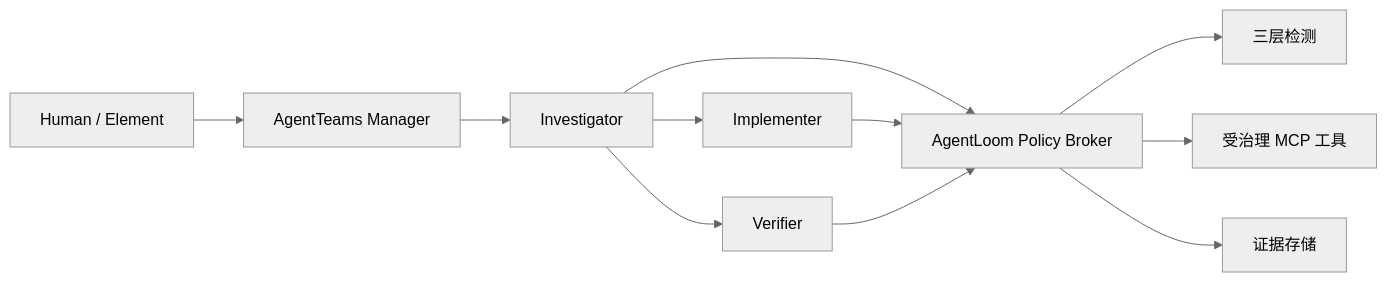
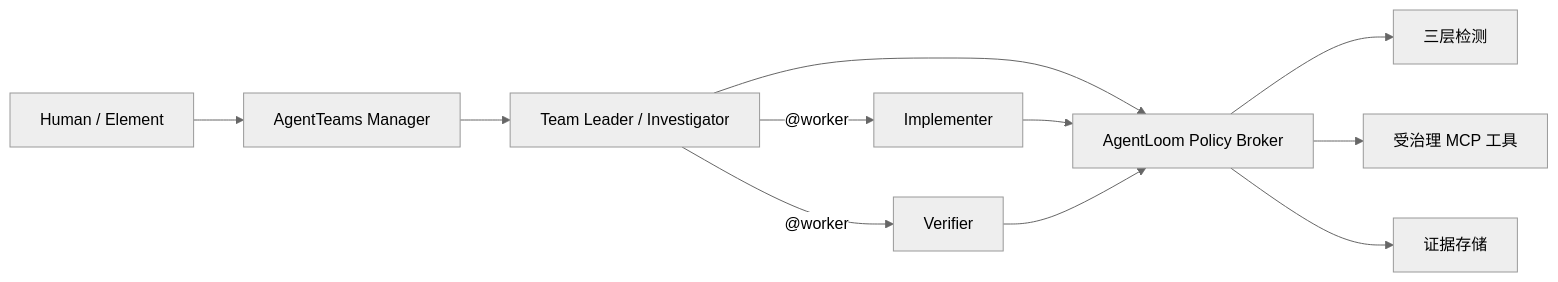
Before and after one commit to WilliamClifton-dev/AgentLoom: the diagram in README.zh-CN.md, drawn with Mermaid (neutral theme). The commit also changed other lines of this file and 5 other files, not shown here.

Commit message:
docs: clarify Team Leader delegation

````diff
--- a/README.zh-CN.md
+++ b/README.zh-CN.md
@@ -26,13 +26,13 @@
 ```mermaid
 flowchart LR
     Human["Human / Element"] --> Manager["AgentTeams Manager"]
-    Manager --> Investigator["Investigator"]
-    Investigator --> Implementer["Implementer"]
-    Investigator --> Verifier["Verifier"]
-    Investigator --> Broker["AgentLoom Policy Broker"]
+    Manager --> Leader["Team Leader / Investigator"]
+    Leader -->|"@worker"| Implementer["Implementer"]
+    Leader -->|"@worker"| Verifier["Verifier"]
+    Leader --> Broker["AgentLoom Policy Broker"]
     Implementer --> Broker
     Verifier --> Broker
     Broker --> Detect["三层检测"]
     Broker --> MCP["受治理 MCP 工具"]
     Broker --> Evidence["证据存储"]
 ```
````
